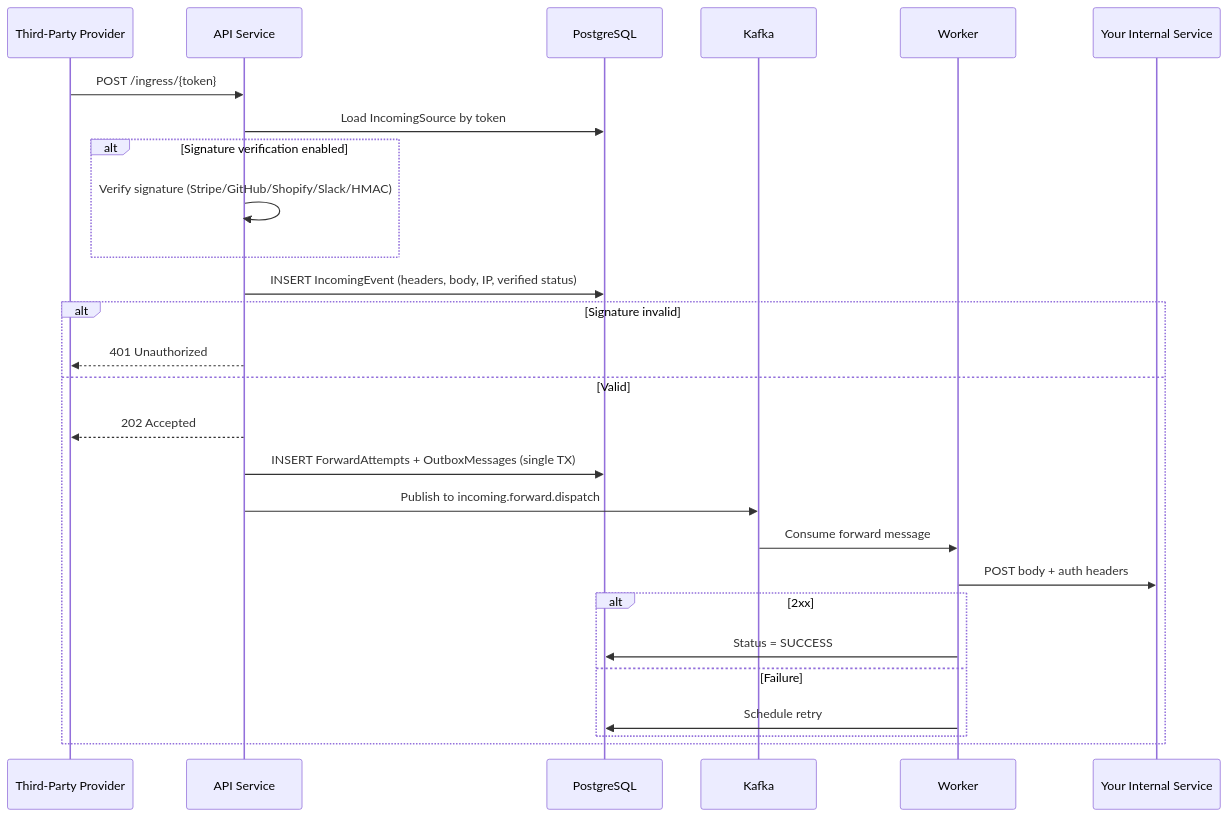
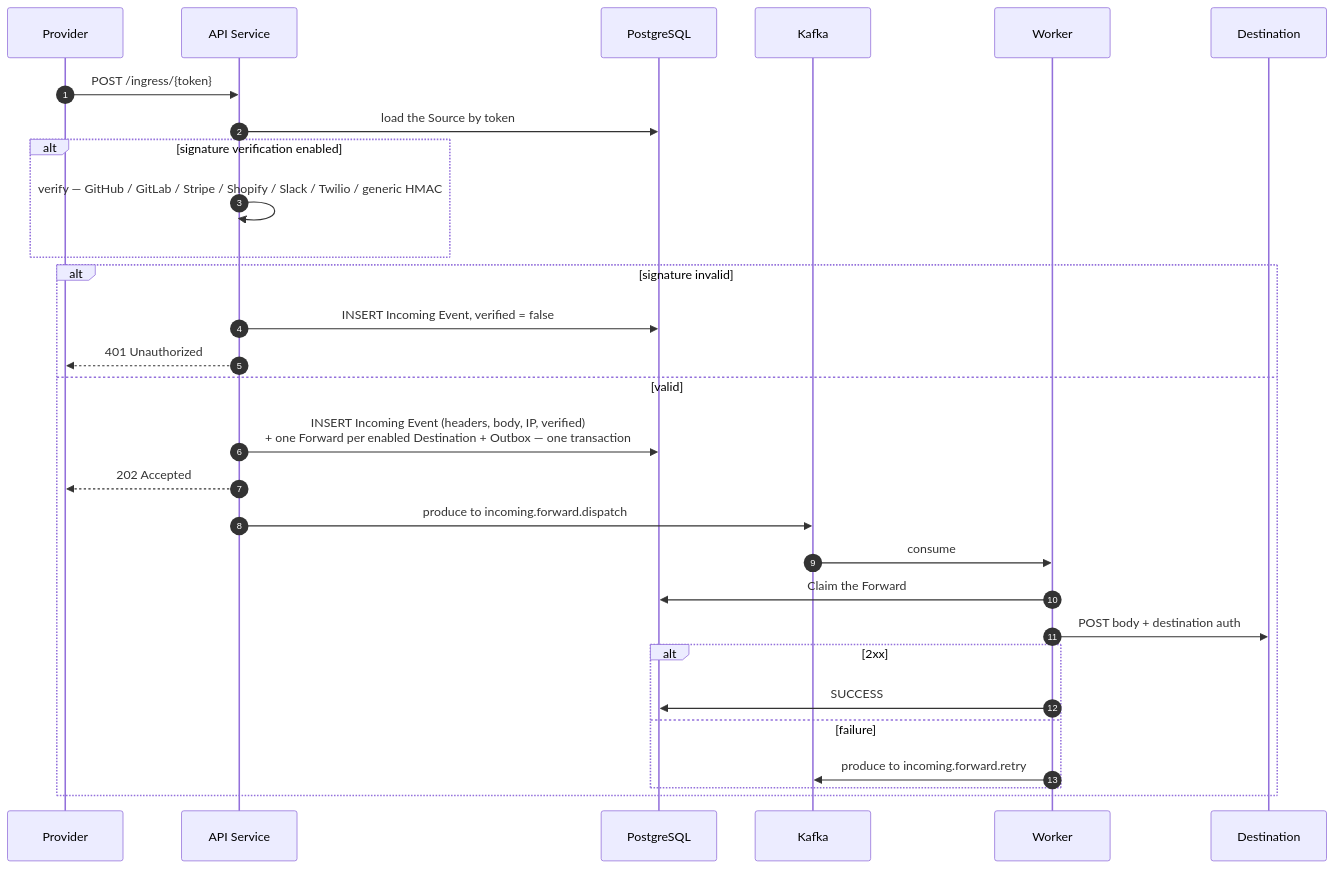
Before and after one commit to vadymkykalo/webhook-platform: the fifth of 14 diagrams in docs/ARCHITECTURE.md, drawn with Mermaid. The commit also changed other lines of this file and 1 other file, not shown here.

````diff
--- a/docs/ARCHITECTURE.md
+++ b/docs/ARCHITECTURE.md
@@ -111,35 +273,34 @@
 ```mermaid
 sequenceDiagram
-    participant Provider as Third-Party Provider
+    autonumber
+    participant P as Provider
     participant API as API Service
     participant DB as PostgreSQL
-    participant Kafka as Kafka
-    participant Worker as Worker
-    participant Dest as Your Internal Service
+    participant K as Kafka
+    participant W as Worker
+    participant D as Destination
 
-    Provider->>API: POST /ingress/{token}
-    API->>DB: Load IncomingSource by token
-    
-    alt Signature verification enabled
-        API->>API: Verify signature (Stripe/GitHub/Shopify/Slack/HMAC)
+    P->>API: POST /ingress/{token}
+    API->>DB: load the Source by token
+
+    alt signature verification enabled
+        API->>API: verify — GitHub / GitLab / Stripe / Shopify / Slack / Twilio / generic HMAC
     end
-    
-    API->>DB: INSERT IncomingEvent (headers, body, IP, verified status)
 
-    alt Signature invalid
-        API-->>Provider: 401 Unauthorized
-    else Valid
-        API-->>Provider: 202 Accepted
-        API->>DB: INSERT ForwardAttempts + OutboxMessages (single TX)
-        API->>Kafka: Publish to incoming.forward.dispatch
-        
-        Kafka->>Worker: Consume forward message
-        Worker->>Dest: POST body + auth headers
-        
+    alt signature invalid
+        API->>DB: INSERT Incoming Event, verified = false
+        API-->>P: 401 Unauthorized
+    else valid
+        API->>DB: INSERT Incoming Event (headers, body, IP, verified)<br/>+ one Forward per enabled Destination + Outbox — one transaction
+        API-->>P: 202 Accepted
+        API->>K: produce to incoming.forward.dispatch
+        K->>W: consume
+        W->>DB: Claim the Forward
+        W->>D: POST body + destination auth
         alt 2xx
-            Worker->>DB: Status = SUCCESS
-        else Failure
-            Worker->>DB: Schedule retry
+            W->>DB: SUCCESS
+        else failure
+            W->>K: produce to incoming.forward.retry
         end
     end
 ```
````
